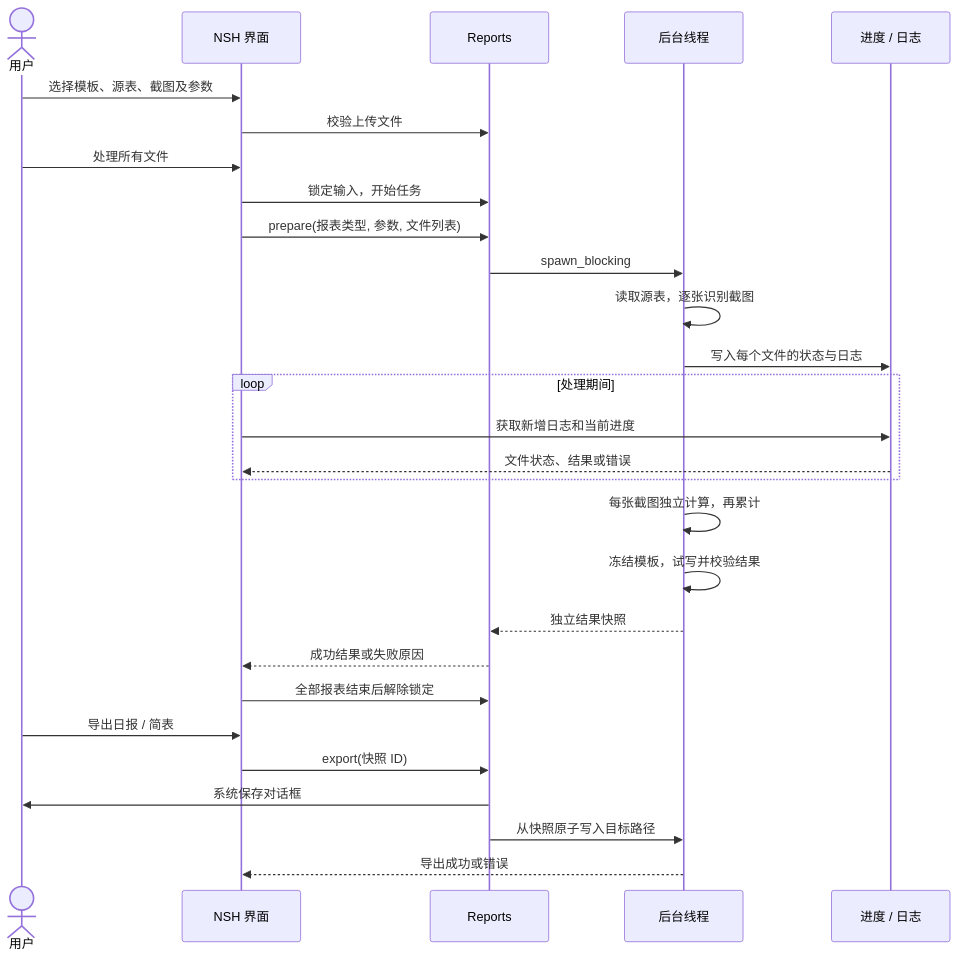
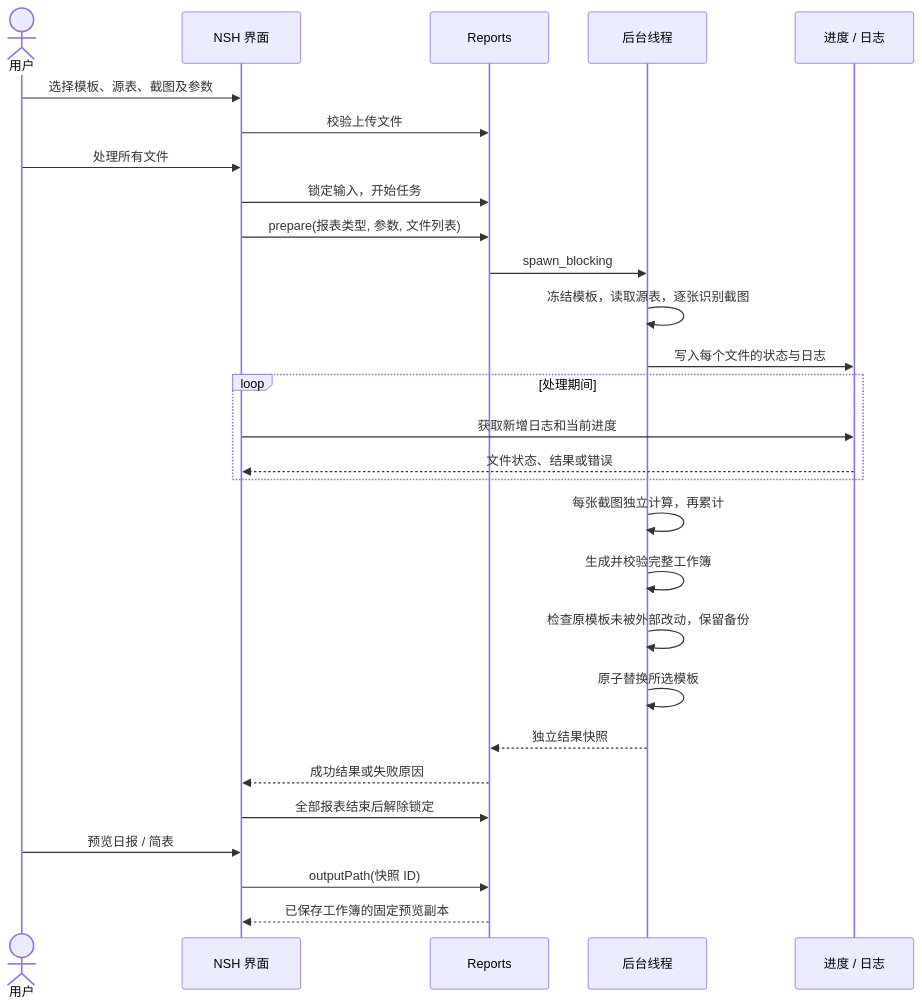
One commit to DeJeune/automation_financial_statements changed the second of 2 diagrams in docs/architecture.md. Above: the diagram before and after it, drawn with Mermaid. The commit also changed other lines of this file and 15 other files, not shown here.

````diff
--- a/docs/architecture.md
+++ b/docs/architecture.md
@@ -73,30 +72,30 @@
 ```mermaid
 sequenceDiagram
     actor U as 用户
     participant UI as NSH 界面
     participant B as Reports
     participant W as 后台线程
     participant S as 进度 / 日志
     U->>UI: 选择模板、源表、截图及参数
     UI->>B: 校验上传文件
     U->>UI: 处理所有文件
     UI->>B: 锁定输入，开始任务
     UI->>B: prepare(报表类型, 参数, 文件列表)
     B->>W: spawn_blocking
-    W->>W: 读取源表，逐张识别截图
+    W->>W: 冻结模板，读取源表，逐张识别截图
     W->>S: 写入每个文件的状态与日志
     loop 处理期间
       UI->>S: 获取新增日志和当前进度
       S-->>UI: 文件状态、结果或错误
     end
     W->>W: 每张截图独立计算，再累计
-    W->>W: 冻结模板，试写并校验结果
+    W->>W: 生成并校验完整工作簿
+    W->>W: 检查原模板未被外部改动，保留备份
+    W->>W: 原子替换所选模板
     W-->>B: 独立结果快照
     B-->>UI: 成功结果或失败原因
     UI->>B: 全部报表结束后解除锁定
-    U->>UI: 导出日报 / 简表
-    UI->>B: export(快照 ID)
-    B->>U: 系统保存对话框
-    B->>W: 从快照原子写入目标路径
-    W-->>UI: 导出成功或错误
+    U->>UI: 预览日报 / 简表
+    UI->>B: outputPath(快照 ID)
+    B-->>UI: 已保存工作簿的固定预览副本
 ```
````
